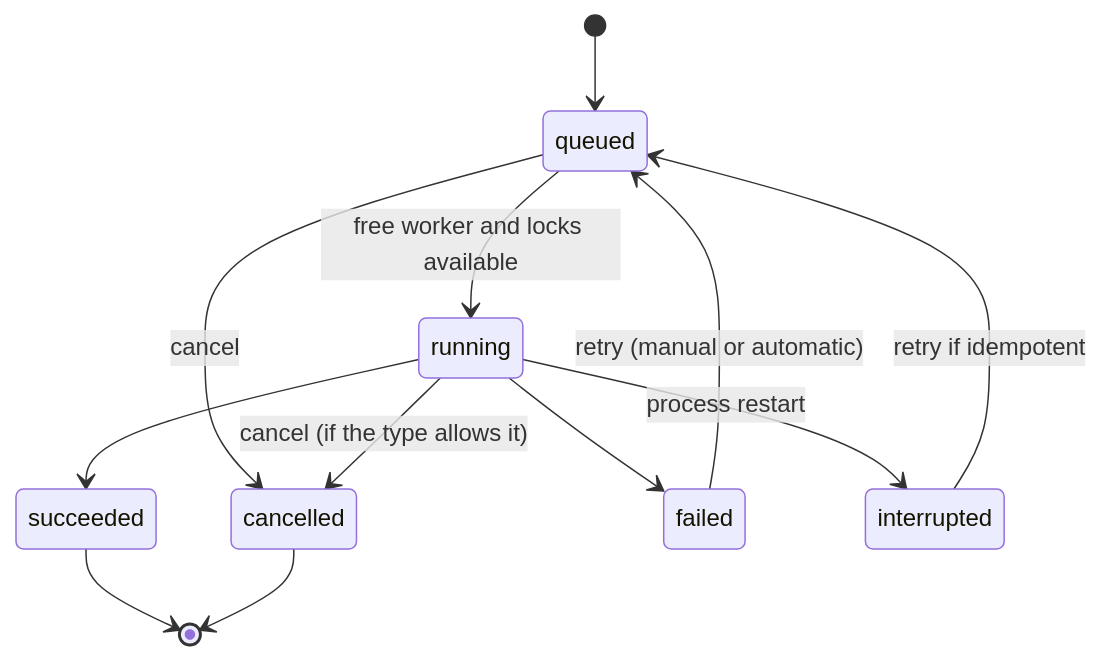
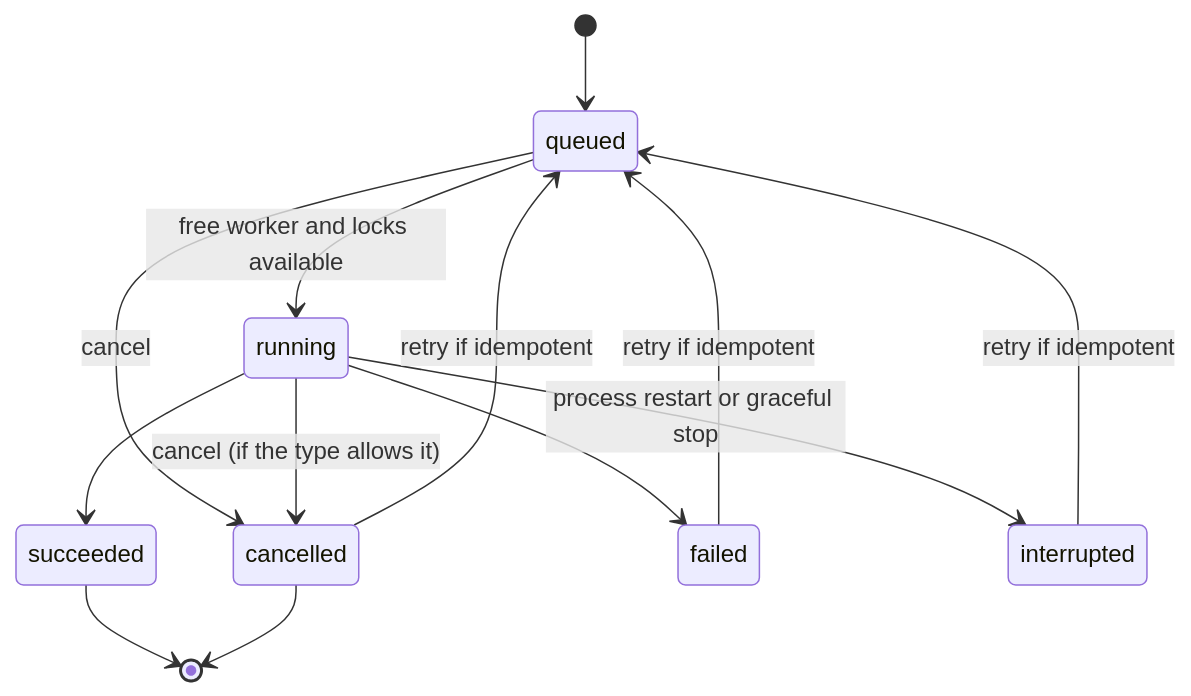
The second of 2 diagrams in docs/11-backups-and-automation.md (donutinit/sqsolve), drawn with Mermaid before and after one commit. The commit also changed other lines of this file and 142 other files, not shown here.

````diff
--- a/docs/11-backups-and-automation.md
+++ b/docs/11-backups-and-automation.md
@@ -249,14 +469,15 @@
 ```mermaid
 stateDiagram-v2
   [*] --> queued
   queued --> running: free worker and locks available
   queued --> cancelled: cancel
   running --> succeeded
   running --> failed
   running --> cancelled: cancel (if the type allows it)
-  running --> interrupted: process restart
-  failed --> queued: retry (manual or automatic)
+  running --> interrupted: process restart or graceful stop
+  failed --> queued: retry if idempotent
   interrupted --> queued: retry if idempotent
+  cancelled --> queued: retry if idempotent
   succeeded --> [*]
   cancelled --> [*]
 ```
````
